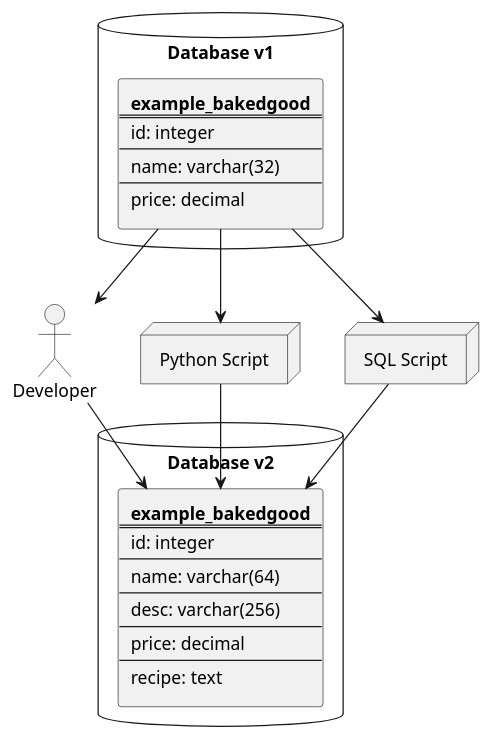
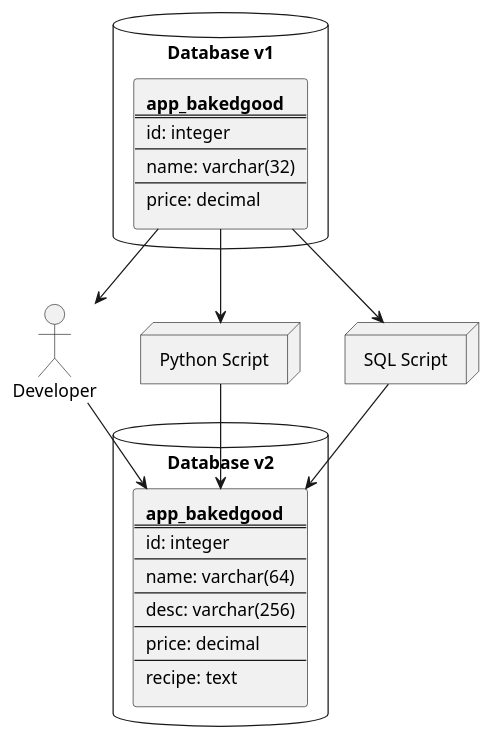
Before and after one commit to rxt1077/IS601: the diagram in docs/slides/migrations.adoc, drawn with PlantUML. The commit also changed other lines of this file and 243 other files, not shown here.

```diff
--- a/docs/slides/migrations.adoc
+++ b/docs/slides/migrations.adoc
@@ -5,43 +5,43 @@
 [plantuml, migration, svg]
 ....
 @startuml
 database db1 as "Database v1" {
   rectangle table1 [
-    <b>example_bakedgood
+    <b>app_bakedgood
     ===
     id: integer
     ---
     name: varchar(32)
     ---
     price: decimal
   ]
 }
 
 actor dev as "Developer"
 node python as "Python Script"
 node sql as "SQL Script"
 
 database db2 as "Database v2" {
   rectangle table2 [
-    <b>example_bakedgood
+    <b>app_bakedgood
     ===
     id: integer
     ---
     name: varchar(64)
     ---
     desc: varchar(256)
     ---
     price: decimal
     ---
     recipe: text
   ]
 }
 
 table1 --> dev
 table1 --> python
 table1 --> sql
 dev --> table2
 python --> table2
 sql --> table2
 @enduml
 ....
```
